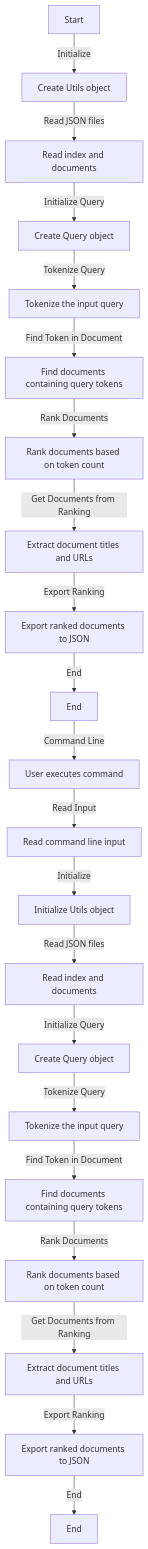
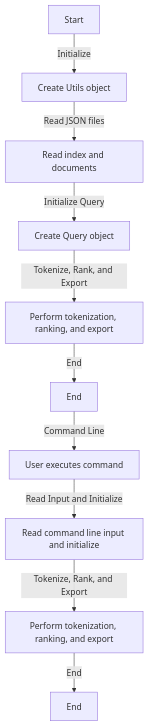
The diagram in README.md (odi77/web-query-expansion), drawn with Mermaid before and after one commit.

Commit message:
README update

````diff
--- a/README.md
+++ b/README.md
@@ -7,23 +7,12 @@
 ```mermaid
 graph TD;
   A[Start] -->|Initialize| B[Create Utils object];
   B -->|Read JSON files| C[Read index and documents];
   C -->|Initialize Query| D[Create Query object];
-  D -->|Tokenize Query| E[Tokenize the input query];
-  E -->|Find Token in Document| F[Find documents containing query tokens];
-  F -->|Rank Documents| G[Rank documents based on token count];
-  G -->|Get Documents from Ranking| H[Extract document titles and URLs];
-  H -->|Export Ranking| I[Export ranked documents to JSON];
+  D -->|Tokenize, Rank, and Export| E[Perform tokenization, ranking, and export];
+  E -->|End| F[End];
+  F -->|Command Line| G[User executes command];
+  G -->|Read Input and Initialize| H[Read command line input and initialize];
+  H -->|Tokenize, Rank, and Export| I[Perform tokenization, ranking, and export];
   I -->|End| J[End];
-  J -->|Command Line| K[User executes command];
-  K -->|Read Input| L[Read command line input];
-  L -->|Initialize| M[Initialize Utils object];
-  M -->|Read JSON files| N[Read index and documents];
-  N -->|Initialize Query| O[Create Query object];
-  O -->|Tokenize Query| P[Tokenize the input query];
-  P -->|Find Token in Document| Q[Find documents containing query tokens];
-  Q -->|Rank Documents| R[Rank documents based on token count];
-  R -->|Get Documents from Ranking| S[Extract document titles and URLs];
-  S -->|Export Ranking| T[Export ranked documents to JSON];
-  T -->|End| U[End];
 ```
````
